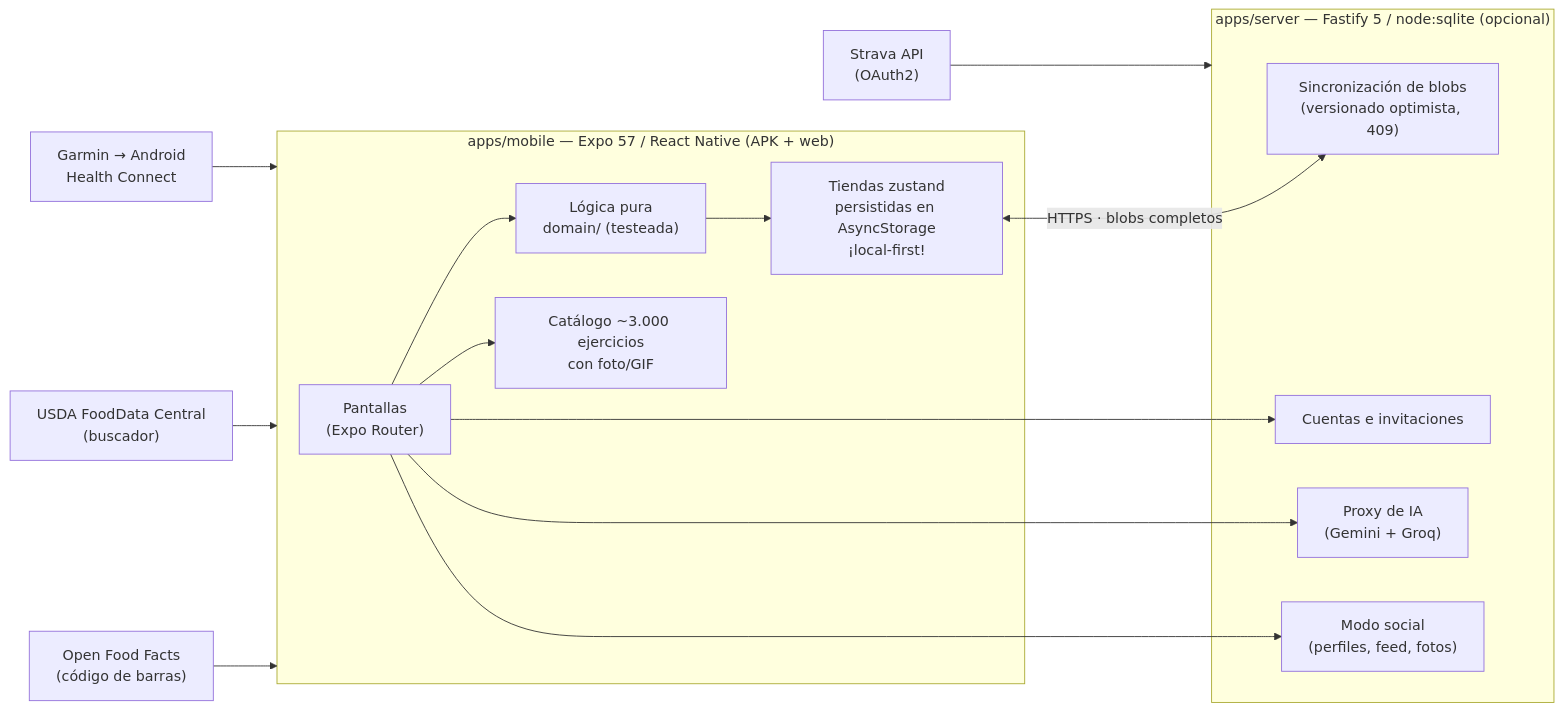
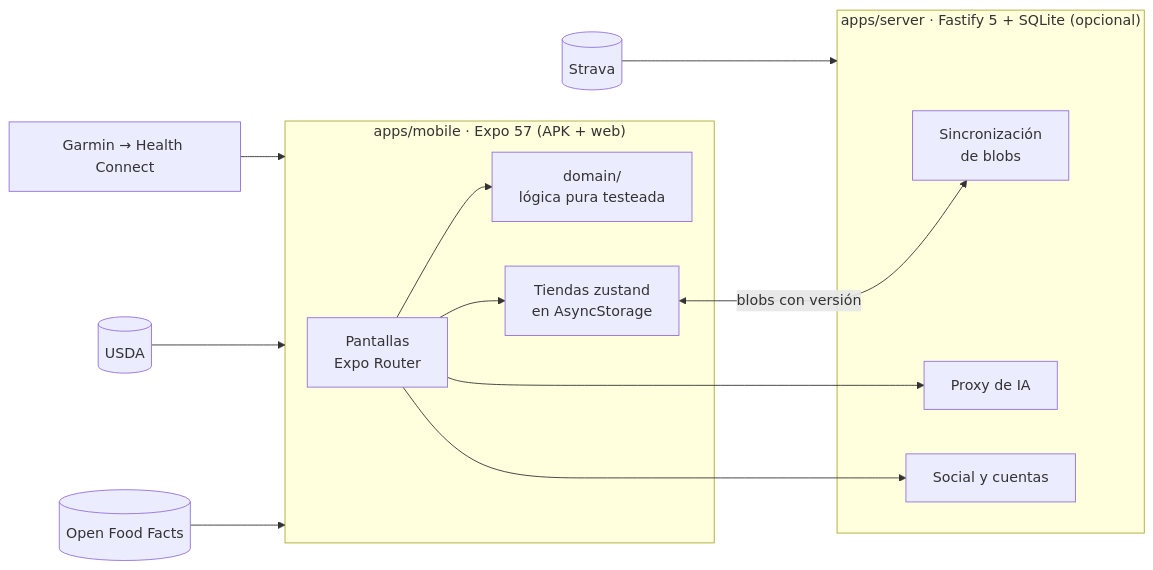
One commit to jlgarciavalverde/cheluisfit-app changed the diagram in README.md. Above: the diagram before and after it, drawn with Mermaid. The commit also changed other lines of this file and 6 other files, not shown here.

````diff
--- a/README.md
+++ b/README.md
@@ -56,22 +42,16 @@
 ```mermaid
 flowchart LR
-    subgraph Móvil["apps/mobile — Expo 57 / React Native (APK + web)"]
-        UI["Pantallas<br/>(Expo Router)"] --> Domain["Lógica pura<br/>domain/ (testeada)"]
-        Domain --> Stores["Tiendas zustand<br/>persistidas en AsyncStorage<br/>¡local-first!"]
-        UI --> Catalog["Catálogo ~3.000 ejercicios<br/>con foto/GIF"]
-    end
-    subgraph Servidor["apps/server — Fastify 5 / node:sqlite (opcional)"]
-        Blobs["Sincronización de blobs<br/>(versionado optimista, 409)"]
-        Cuentas["Cuentas e invitaciones"]
-        IA["Proxy de IA<br/>(Gemini + Groq)"]
-        Social["Modo social<br/>(perfiles, feed, fotos)"]
-    end
-    Stores <-- "HTTPS · blobs completos" --> Blobs
-    UI --> IA
-    UI --> Social
-    UI --> Cuentas
-    OFF["Open Food Facts<br/>(código de barras)"] --> Móvil
-    USDA["USDA FoodData Central<br/>(buscador)"] --> Móvil
-    HC["Garmin → Android<br/>Health Connect"] --> Móvil
-    StravaAPI["Strava API<br/>(OAuth2)"] --> Servidor
+  subgraph movil["apps/mobile · Expo 57 (APK + web)"]
+    ui["Pantallas<br/>Expo Router"] --> domain["domain/<br/>lógica pura testeada"]
+    ui --> stores["Tiendas zustand<br/>en AsyncStorage"]
+  end
+  subgraph srv["apps/server · Fastify 5 + SQLite (opcional)"]
+    blobs["Sincronización<br/>de blobs"]
+    ia["Proxy de IA"]
+    social["Social y cuentas"]
+  end
+  stores <-- "blobs con versión" --> blobs
+  ui --> ia & social
+  off[(Open Food Facts)] & usda[(USDA)] & hc["Garmin → Health Connect"] --> movil
+  strava[(Strava)] --> srv
 ```
````
